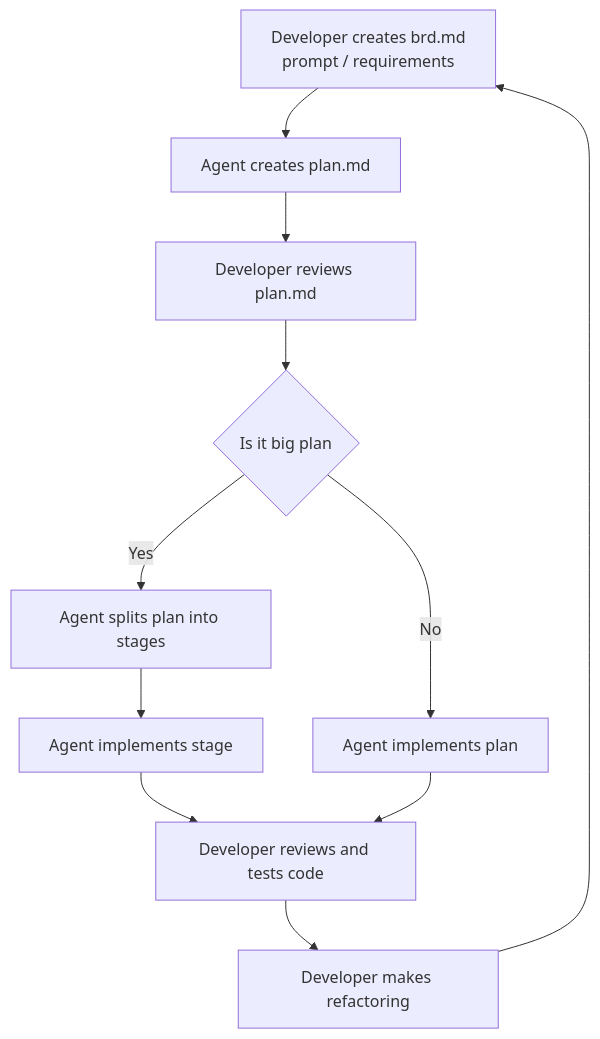
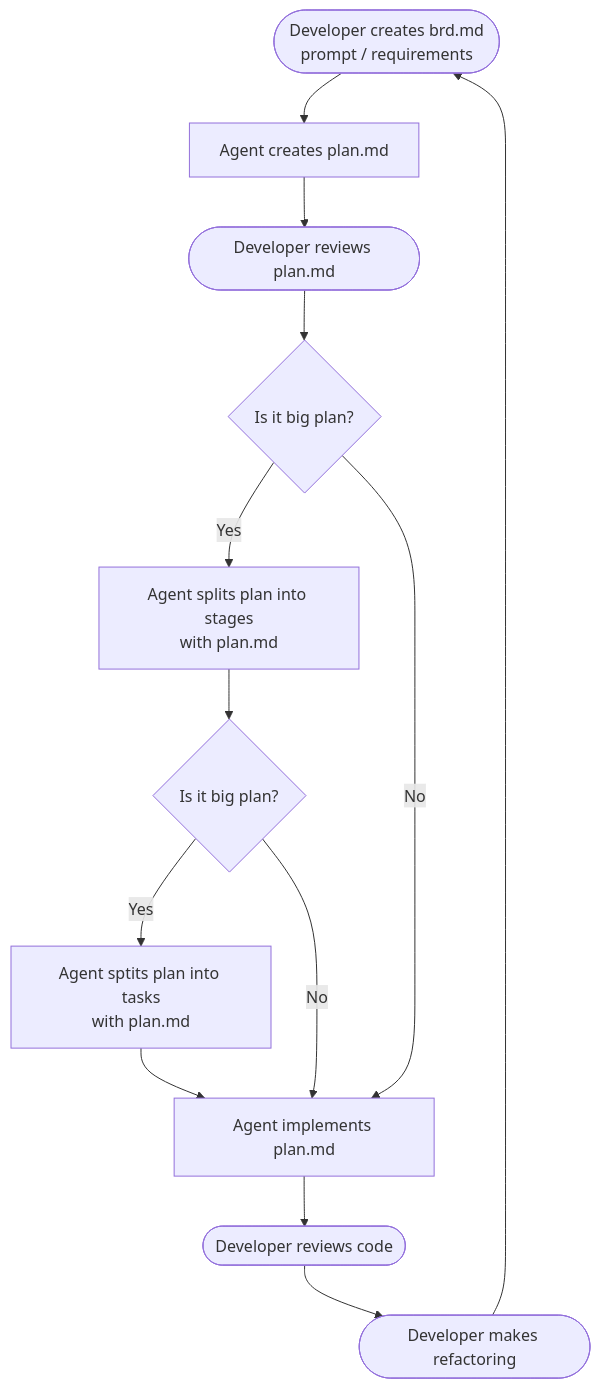
The diagram in design/presentaion.md (iJustHelp/dev-context-mcp-server), drawn with Mermaid before and after one commit. The commit also changed other lines of this file, not shown here.

````diff
--- a/design/presentaion.md
+++ b/design/presentaion.md
@@ -7,13 +7,15 @@
 ```mermaid
 flowchart TD
-    BRD[Developer creates brd.md<br/>prompt / requirements] --> Plan[Agent creates plan.md]
-    Plan --> ReviewPlan[Developer reviews plan.md]
-    ReviewPlan --> IsBigPlan{Is it big plan}
-    IsBigPlan -- Yes --> SplitStages[Agent splits plan into stages]
-    IsBigPlan -- No --> ImplementPlan[Agent implements plan]
-    SplitStages --> ImplementStage[Agent implements stage]
-    ImplementStage --> DevReview[Developer reviews and tests code]
-    ImplementPlan --> DevReview
-    DevReview --> Refactoring[Developer makes refactoring]
+    BRD([Developer creates brd.md<br/>prompt / requirements]) --> Plan[Agent creates plan.md]
+    Plan --> ReviewPlan([Developer reviews plan.md])
+    ReviewPlan --> IsBigPlan{Is it big plan?}
+    IsBigPlan -- Yes --> SplitStages[Agent splits plan into stages<br>with plan.md]
+    SplitStages --> IsStageBig{Is it big plan?}
+    IsStageBig -- Yes --> SplitTasks[Agent sptits plan into tasks<br>with plan.md]
+    SplitTasks -->  ImplementPlan[Agent implements plan.md]
+    IsBigPlan -- No --> ImplementPlan
+    IsStageBig -- No --> ImplementPlan
+    ImplementPlan --> DevReview([Developer reviews code])
+    DevReview --> Refactoring([Developer makes refactoring])
     Refactoring --> BRD
 ```    
````
